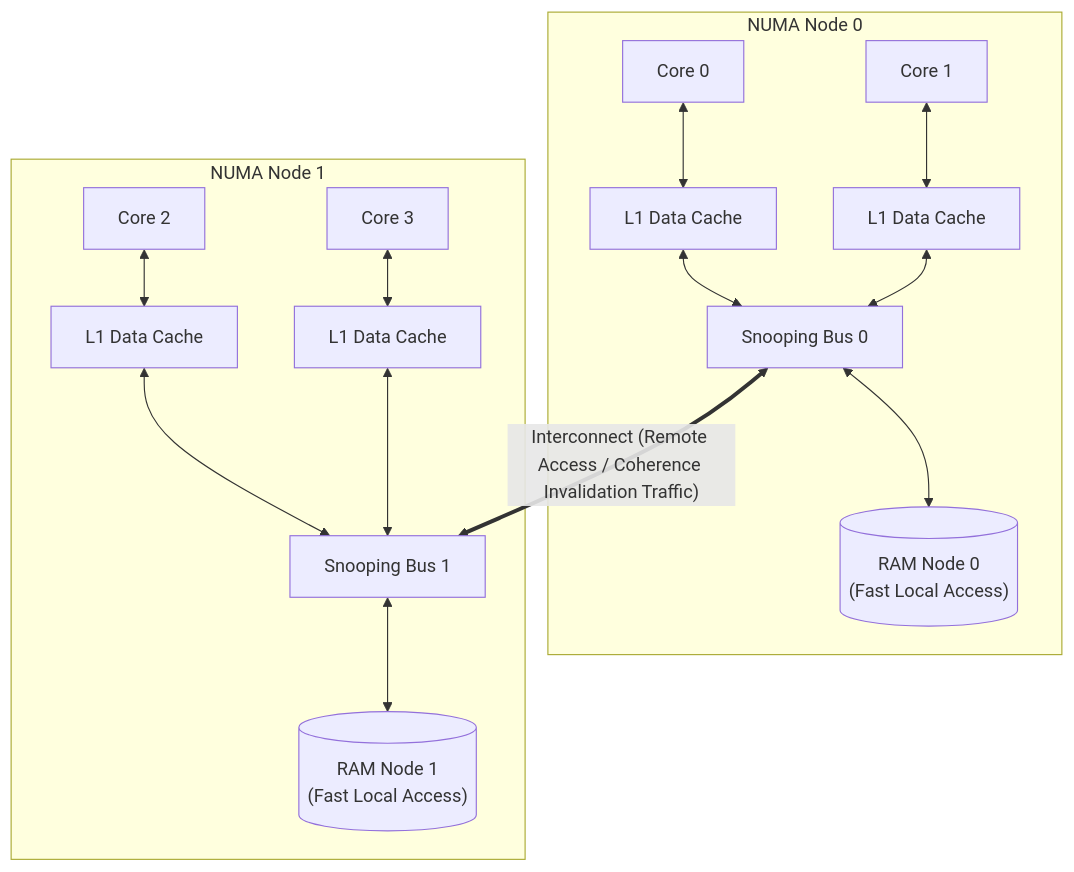
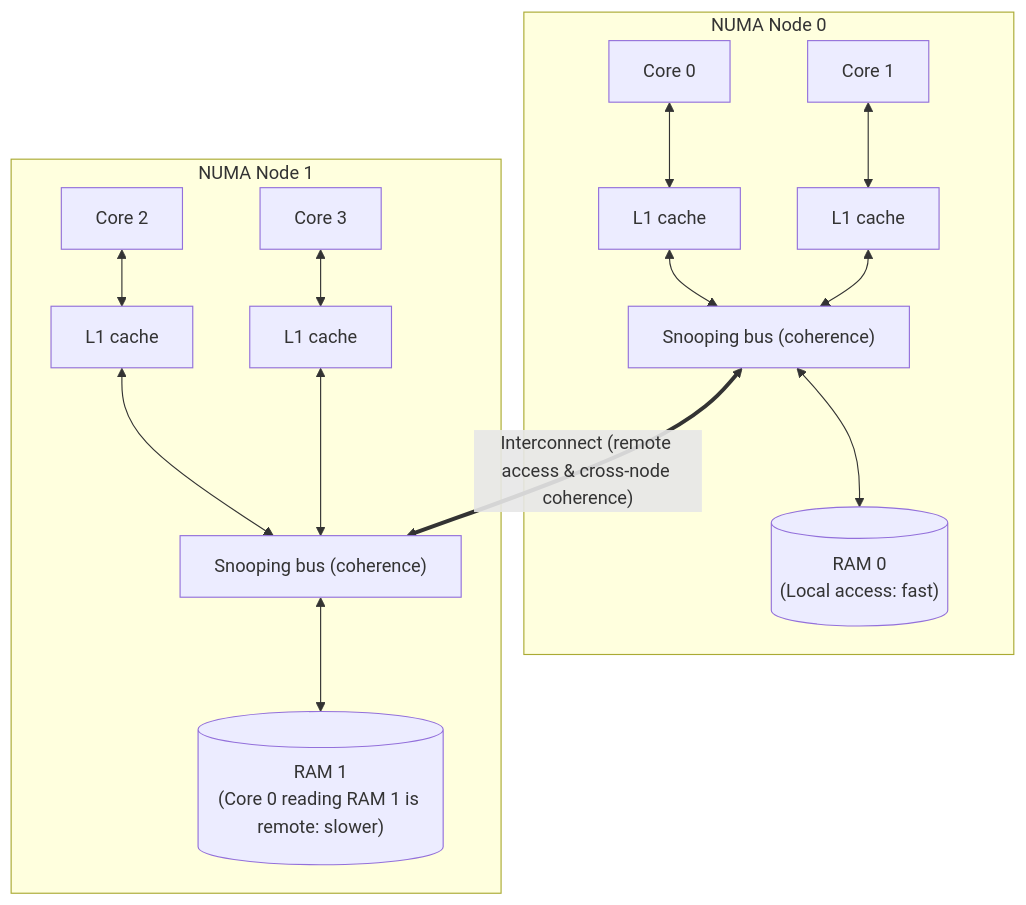
One commit to manasa-vasare/pgc-cache-coherance changed the first of 2 diagrams in README.md. Above: the diagram before and after it, drawn with Mermaid. The commit also changed other lines of this file and 1 other file, not shown here.

````diff
--- a/README.md
+++ b/README.md
@@ -128,20 +118,20 @@
 ```mermaid
 flowchart TD
-    subgraph NUMA_Node_0["NUMA Node 0"]
-        C0["Core 0"] <--> L1_0["L1 Data Cache"]
-        C1["Core 1"] <--> L1_1["L1 Data Cache"]
-        L1_0 <--> Bus0["Snooping Bus 0"]
+    subgraph Node0["NUMA Node 0"]
+        C0["Core 0"] <--> L1_0["L1 cache"]
+        C1["Core 1"] <--> L1_1["L1 cache"]
+        L1_0 <--> Bus0["Snooping bus (coherence)"]
         L1_1 <--> Bus0
-        Bus0 <--> RAM0[("RAM Node 0<br>(Fast Local Access)")]
+        Bus0 <--> RAM0[("RAM 0<br>(Local access: fast)")]
     end
 
-    subgraph NUMA_Node_1["NUMA Node 1"]
-        C2["Core 2"] <--> L1_2["L1 Data Cache"]
-        C3["Core 3"] <--> L1_3["L1 Data Cache"]
-        L1_2 <--> Bus1["Snooping Bus 1"]
+    subgraph Node1["NUMA Node 1"]
+        C2["Core 2"] <--> L1_2["L1 cache"]
+        C3["Core 3"] <--> L1_3["L1 cache"]
+        L1_2 <--> Bus1["Snooping bus (coherence)"]
         L1_3 <--> Bus1
-        Bus1 <--> RAM1[("RAM Node 1<br>(Fast Local Access)")]
+        Bus1 <--> RAM1[("RAM 1<br>(Core 0 reading RAM 1 is remote: slower)")]
     end
 
-    Bus0 <== "Interconnect (Remote Access / Coherence Invalidation Traffic)" ==> Bus1
+    Bus0 <== "Interconnect (remote access & cross-node coherence)" ==> Bus1
 ```
````
